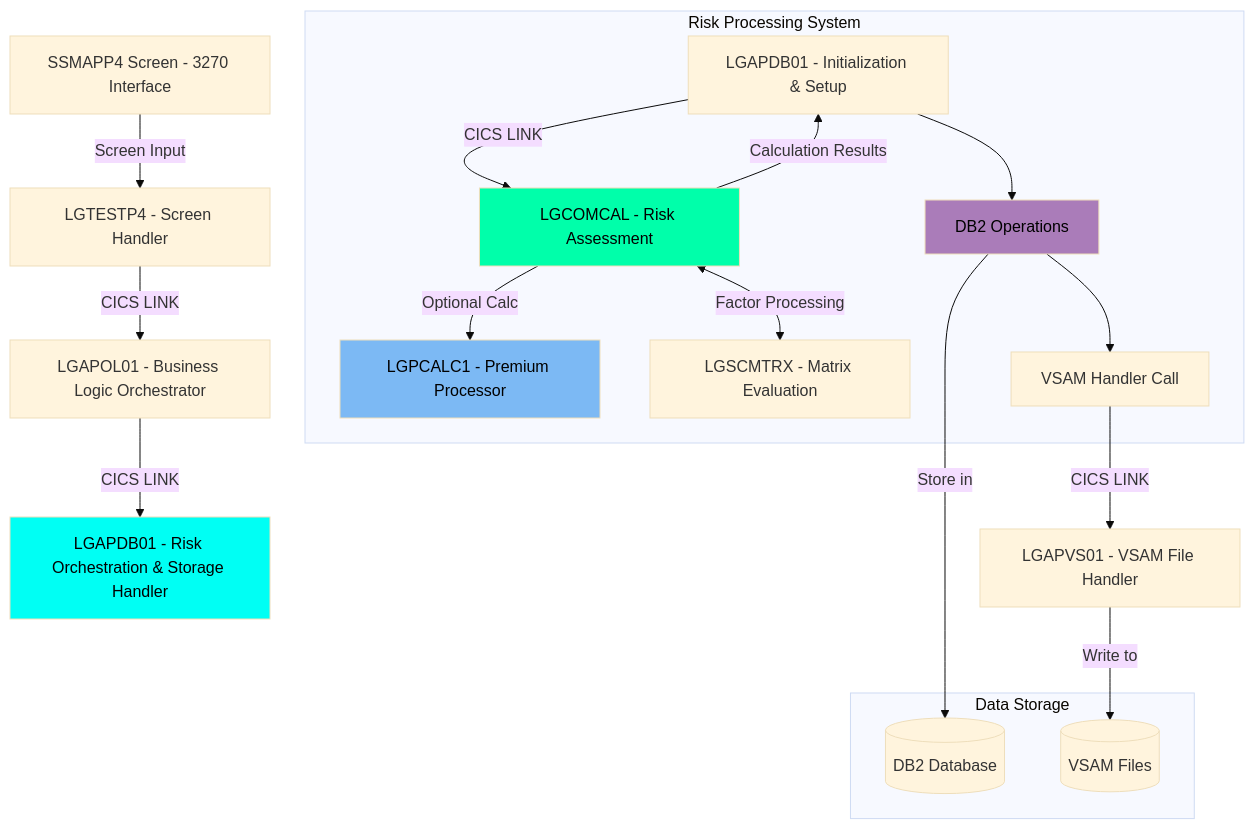
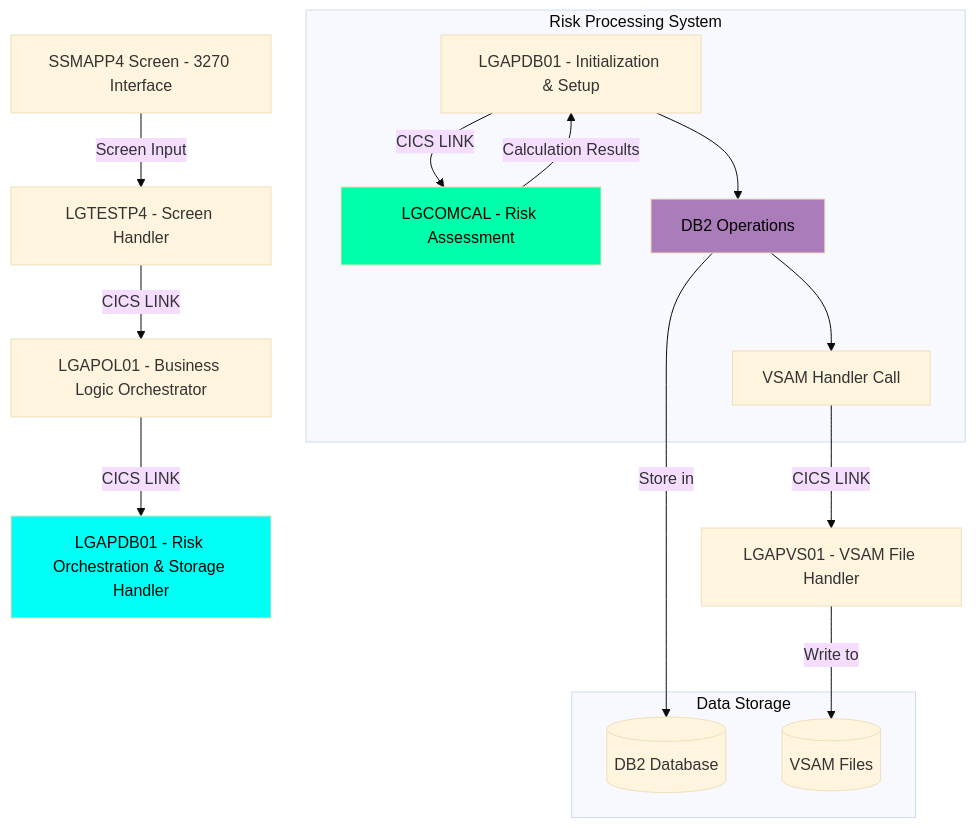
Before and after one commit to Swimm-Demo/kyndryl-cics-genapp: the second of 5 diagrams in .swm/commercial-property-policy-management.ss2iskfn.sw.md, drawn with Mermaid (base theme). The commit also changed other lines of this file and 2 other files, not shown here.

````diff
--- a/.swm/commercial-property-policy-management.ss2iskfn.sw.md
+++ b/.swm/commercial-property-policy-management.ss2iskfn.sw.md
@@ -68,39 +119,39 @@
 ```mermaid
 flowchart TD
     A[SSMAPP4 Screen - 3270 Interface] -->|Screen Input| B[LGTESTP4 - Screen Handler]
     B -->|CICS LINK| C[LGAPOL01 - Business Logic Orchestrator]
     C -->|CICS LINK| D[LGAPDB01 - Risk Orchestration & Storage Handler]:::a4f5fbfea
     
     subgraph LGAPDB01[Risk Processing System]
         D1[LGAPDB01 - Initialization & Setup]
         D2[LGCOMCAL - Risk Assessment]:::a261ec6c4
-        D3[LGPCALC1 - Premium Processor]:::a0b8c7d0e 
-        D4[LGSCMTRX - Matrix Evaluation]
+    
+
         D5[DB2 Operations]:::a0298c687
         D6[VSAM Handler Call]
         
         D1 -->|CICS LINK| D2
         D2 -->|Calculation Results| D1
-        D2 <-->|Factor Processing| D4
-        D2 -->|Optional Calc| D3
+
+
         D1 --> D5
         D5 --> D6
     end
 
     D6 -->|CICS LINK| E[LGAPVS01 - VSAM File Handler]
 
     subgraph Storage[Data Storage]
         F[(DB2 Database)]
         G[(VSAM Files)]
     end
 
     D5 -->|Store in| F
     E -->|Write to| G
 
 classDef a0b8c7d0e color:#000000,fill:#7CB9F4
 classDef a261ec6c4 color:#000000,fill:#00FFAA
 classDef a4f5fbfea color:#000000,fill:#00FFF4
 classDef a4271316e color:#000000,fill:#FFFF00
 classDef a0298c687 color:#000000,fill:#AA7CB9
 classDef a911b8d83 color:#000000,fill:#5afa0a
 ```
````
